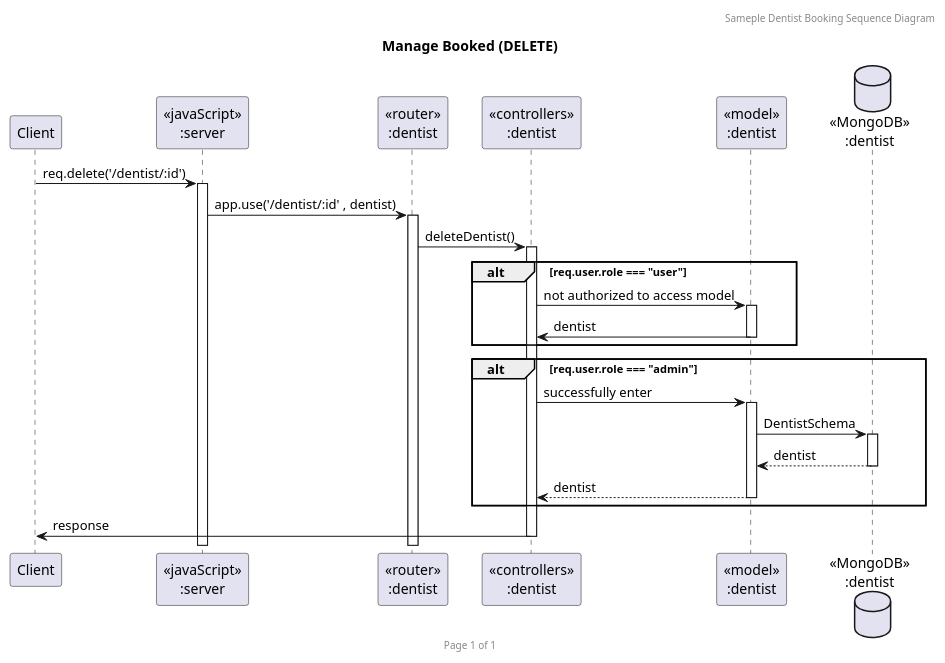
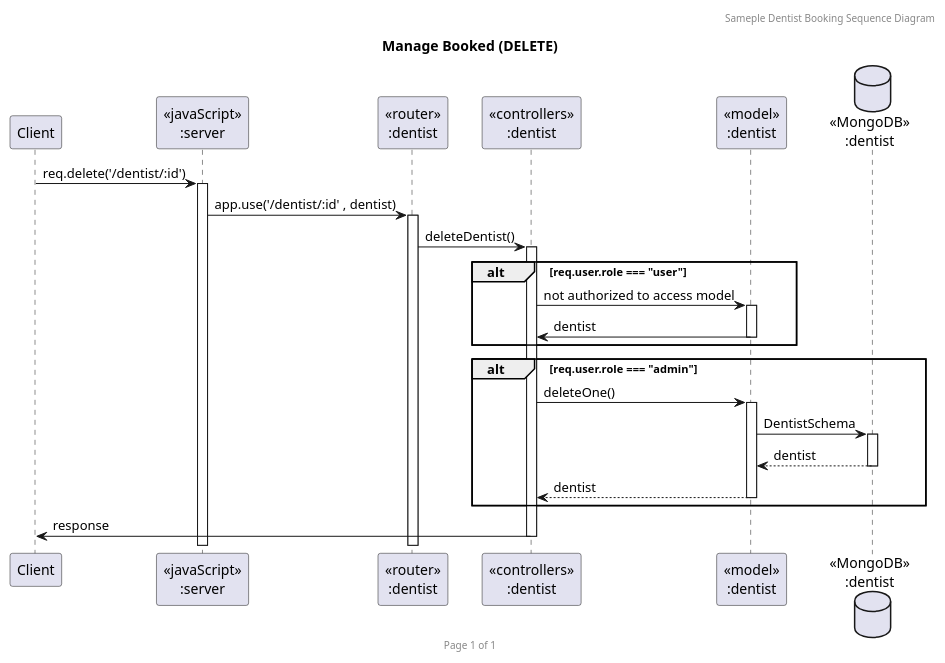
Before and after one commit to 2110503TACEDT66/presentation-day-1-kkkykkhkhwcr: the diagram in Diagram/dentist/deleteDentist.puml, drawn with PlantUML. The commit also changed 8 other files, not shown here.

```diff
--- a/Diagram/dentist/deleteDentist.puml
+++ b/Diagram/dentist/deleteDentist.puml
@@ -1,30 +1,30 @@
 @startuml Manage Dentist (DELETE)
 
 header Sameple Dentist Booking Sequence Diagram
 footer Page %page% of %lastpage%
 title "Manage Booked (DELETE)"
 
 participant "Client" as client
 participant "<<javaScript>>\n:server" as server
 participant "<<router>>\n:dentist" as routerDentist
 participant "<<controllers>>\n:dentist" as controllersDentist
 participant "<<model>>\n:dentist" as modelDentist
 database "<<MongoDB>>\n:dentist" as DentistDatabase
 
 client->server ++:req.delete('/dentist/:id')
 server->routerDentist ++:app.use('/dentist/:id' , dentist)
 routerDentist -> controllersDentist ++:deleteDentist()
 
 alt req.user.role === "user"
     controllersDentist->modelDentist ++:not authorized to access model
     modelDentist -> controllersDentist --:dentist
 end
 alt req.user.role === "admin"
-    controllersDentist->modelDentist ++:successfully enter
+    controllersDentist->modelDentist ++:deleteOne()
 modelDentist ->DentistDatabase ++: DentistSchema
 DentistDatabase --> modelDentist --: dentist
 controllersDentist <-- modelDentist --:dentist
 end
 controllersDentist->client --:response
 
 @enduml
```
